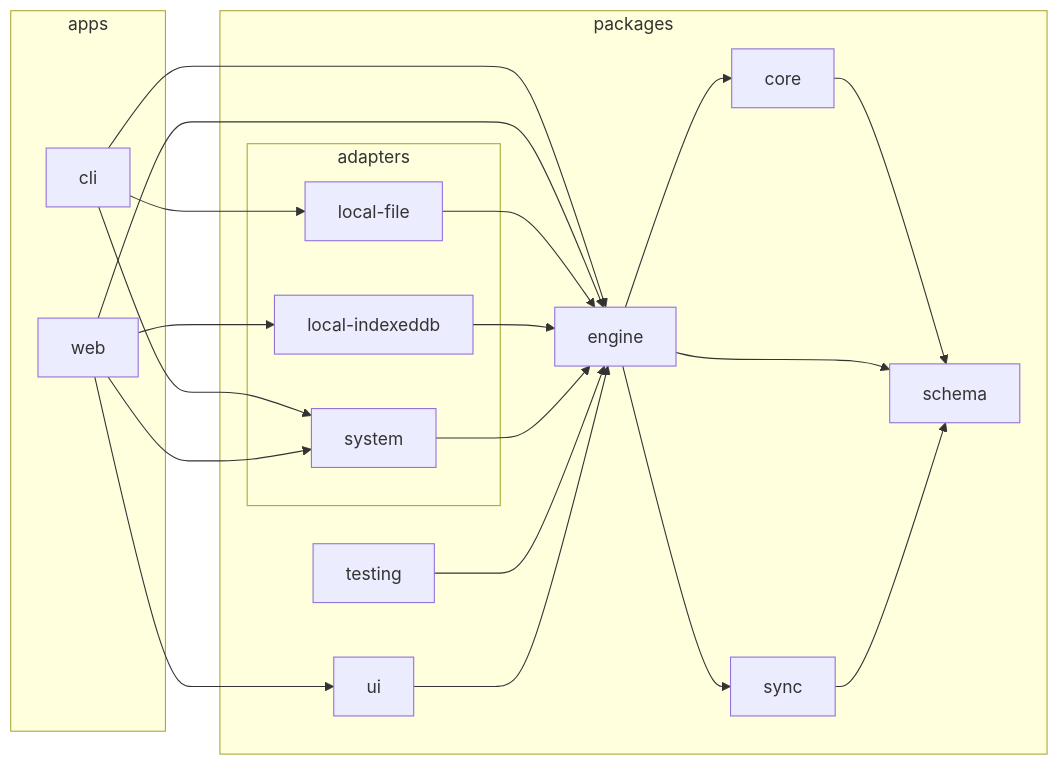
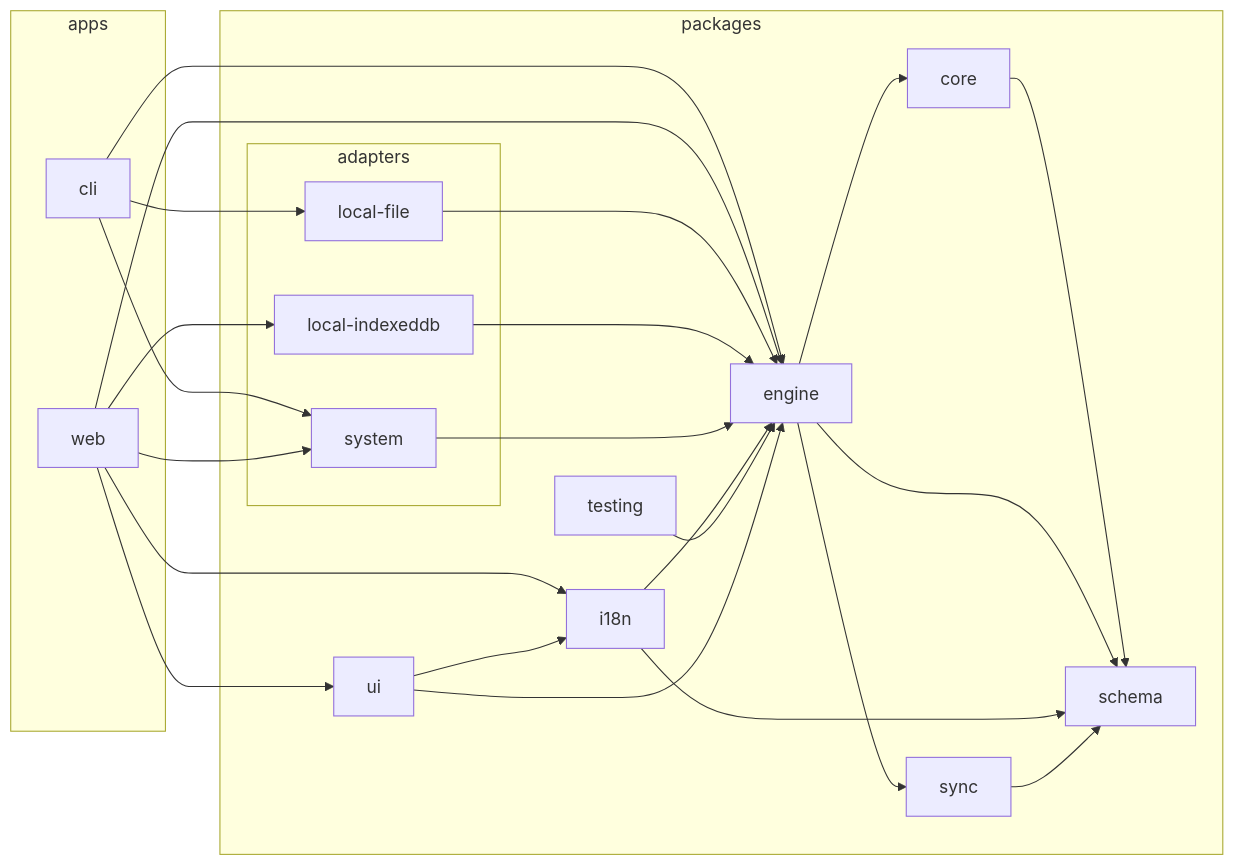
The first of 3 diagrams in docs/ARCHITETTURA.md (Andrea-Speranza/ExpenseCalcolator), drawn with Mermaid before and after one commit. The commit also changed other lines of this file and 62 other files, not shown here.

````diff
--- a/docs/ARCHITETTURA.md
+++ b/docs/ARCHITETTURA.md
@@ -58,38 +59,43 @@
 ```mermaid
 flowchart LR
 
 subgraph 0["apps"]
 1["cli"]
 2["web"]
 end
 subgraph 3["packages"]
 subgraph 4["adapters"]
 5["local-file"]
 6["local-indexeddb"]
 7["system"]
 end
 8["core"]
 9["engine"]
-A["schema"]
-B["sync"]
-C["testing"]
-D["ui"]
+A["i18n"]
+B["schema"]
+C["sync"]
+D["testing"]
+E["ui"]
 end
 1-->9
 1-->5
 1-->7
 2-->9
+2-->A
 2-->6
 2-->7
-2-->D
+2-->E
 5-->9
 6-->9
 7-->9
-8-->A
+8-->B
 9-->8
-9-->A
 9-->B
-B-->A
-C-->9
+9-->C
+A-->9
+A-->B
+C-->B
 D-->9
+E-->9
+E-->A
 ```
````
